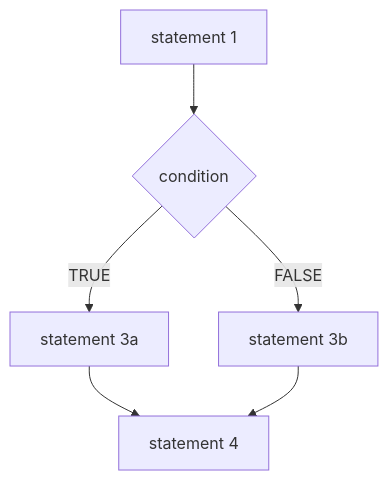
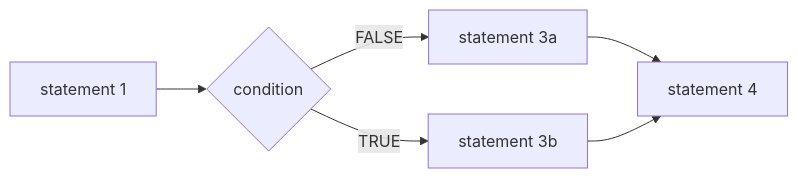
One commit to aphalo/r4p-blog changed the seventh of 8 diagrams in pages/r-flow-execution.qmd. Above: the diagram before and after it, drawn with Mermaid. The commit also changed other lines of this file and 52 other files, not shown here.

Commit message:
r-flow-exec edited and site rebuilt

````diff
--- a/pages/r-flow-execution.qmd
+++ b/pages/r-flow-execution.qmd
@@ -54,7 +89,7 @@
 ```{mermaid}
-flowchart TB
-  st1[statement 1] --> st2{condition} --TRUE--> st3a[statement 3a]
-  st2 --FALSE--> st3b[statement 3b]
+flowchart LR
+  st1[statement 1] --> st2{condition} --FALSE--> st3a[statement 3a]
+  st2 --TRUE--> st3b[statement 3b]
   st3a --> st4[statement 4]
   st3b --> st4
 ```
````
